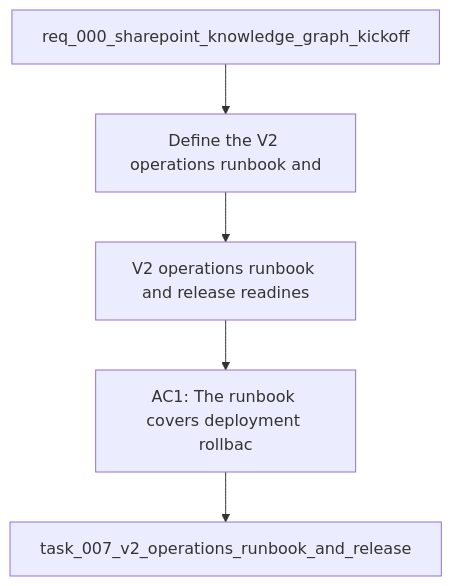
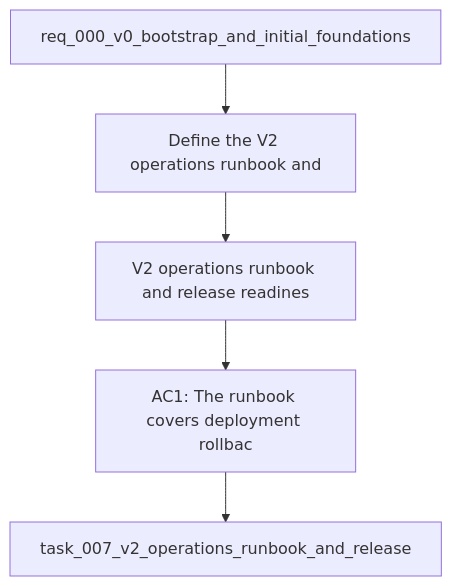
One commit to AlexAgo83/deepvault changed the diagram in logics/backlog/item_013_v2_operations_runbook_and_release_readiness.md. Above: the diagram before and after it, drawn with Mermaid. The commit also changed other lines of this file and 64 other files, not shown here.

First line of the commit message:
Restructure Logics roadmap around V1/V2 split

````diff
--- a/logics/backlog/item_013_v2_operations_runbook_and_release_readiness.md
+++ b/logics/backlog/item_013_v2_operations_runbook_and_release_readiness.md
@@ -21,9 +21,9 @@
 ```mermaid
 %% logics-kind: backlog
-%% logics-signature: backlog|v2-operations-runbook-and-release-readin|req-000-sharepoint-knowledge-graph-kicko|define-the-v2-operations-runbook-and|ac1-the-runbook-covers-deployment-rollba
+%% logics-signature: backlog|v2-operations-runbook-and-release-readin|req-000-v0-bootstrap-and-initial-foundat|define-the-v2-operations-runbook-and|ac1-the-runbook-covers-deployment-rollba
 flowchart TD
-    Request[req_000_sharepoint_knowledge_graph_kickoff] --> Problem[Define the V2 operations runbook and]
+    Request[req_000_v0_bootstrap_and_initial_foundations] --> Problem[Define the V2 operations runbook and]
     Problem --> Scope[V2 operations runbook and release readines]
     Scope --> Acceptance[AC1: The runbook covers deployment rollbac]
     Acceptance --> Tasks[task_007_v2_operations_runbook_and_release]
 ```
````
